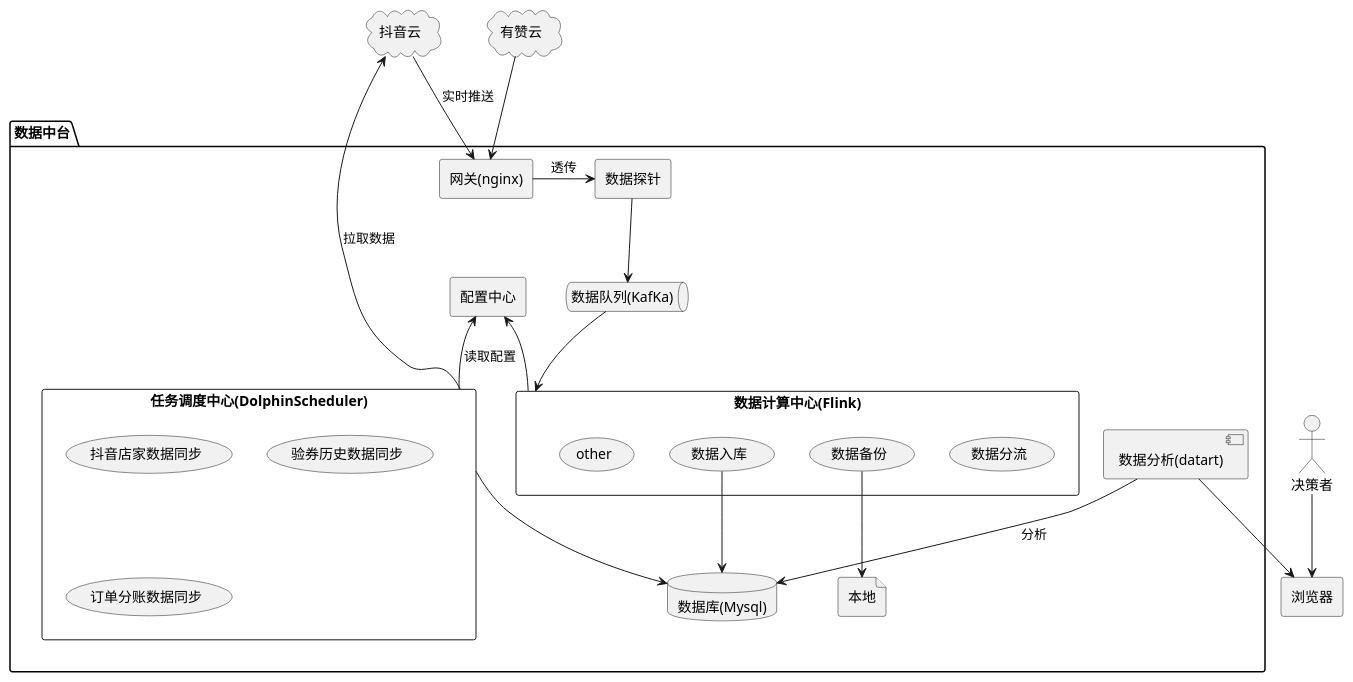
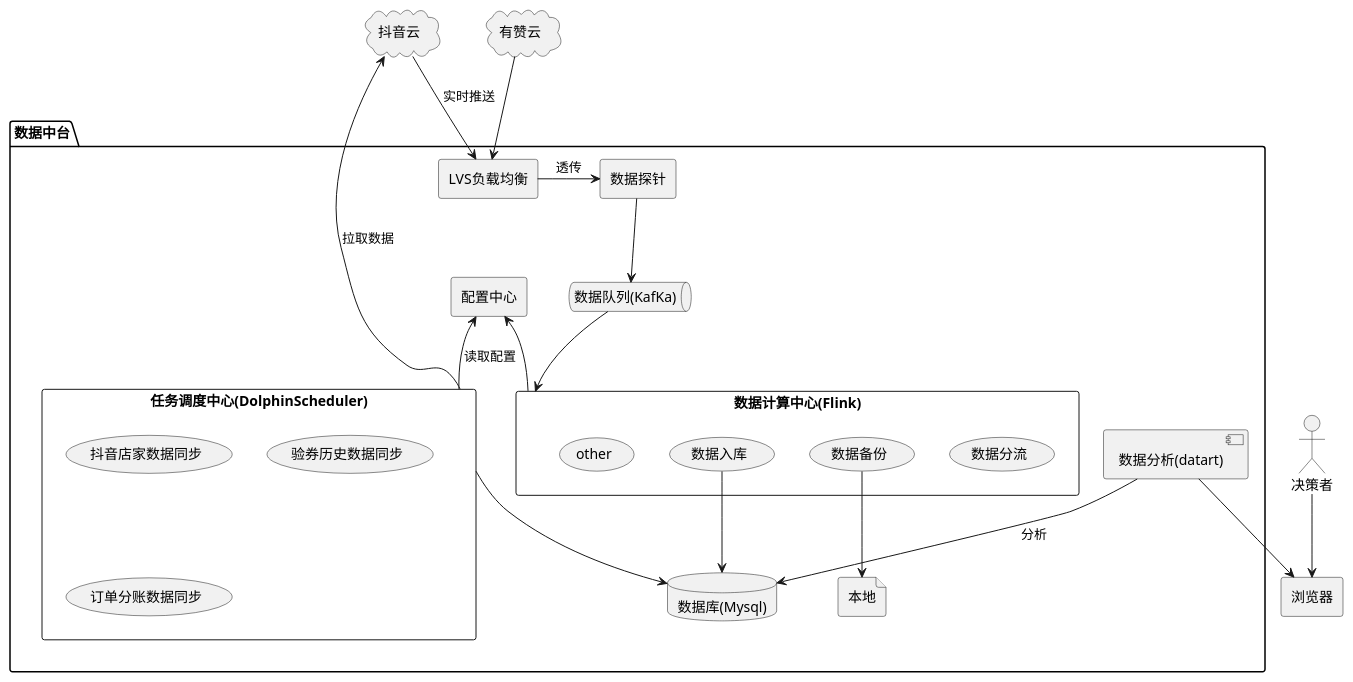
The diagram in soft_dev_doc/数据中台搭建/0.架构概览.md (xiaoqinshou/learn_doc), drawn with PlantUML before and after one commit. The commit also changed other lines of this file and 10 other files, not shown here.

````diff
--- a/soft_dev_doc/数据中台搭建/0.架构概览.md
+++ b/soft_dev_doc/数据中台搭建/0.架构概览.md
@@ -4,49 +4,49 @@
 ```plantuml
 cloud 抖音云 as douyin
 cloud 有赞云 as youzan
 rectangle 浏览器 as web
 
 package 数据中台 {
-  rectangle "网关(nginx)" as nginx
+  rectangle "LVS负载均衡" as nginx
   rectangle 数据探针 as rtc
   queue "数据队列(KafKa)" as kafka
   rectangle "配置中心" as pzzx
   rectangle "数据计算中心(Flink)" as flink {
     usecase 数据分流 as sjfl
     usecase 数据备份 as sjbf
     usecase 数据入库 as sjrk
     usecase other as other
   }
 
   rectangle "任务调度中心(DolphinScheduler)" as ds {
     usecase 抖音店家数据同步 as dydj
     usecase 验券历史数据同步 as yqls
     usecase 订单分账数据同步 as ddfz
   }
 
   database "数据库(Mysql)" as mysql
   file 本地 as local
   component "数据分析(datart)" as datart
 
   pzzx <-- ds: 读取配置
   pzzx <-- flink
   nginx -> rtc: 透传
   rtc --> kafka
   kafka --> flink
 
   sjrk --> mysql
   sjbf --> local
 
   ds -left-> douyin: 拉取数据
   ds --> mysql
 
   datart --> mysql: 分析
 }
 
 actor 决策者 as user
 
 datart --> web
 user --> web
 douyin --> nginx:实时推送
 youzan --> nginx
 ```
````
